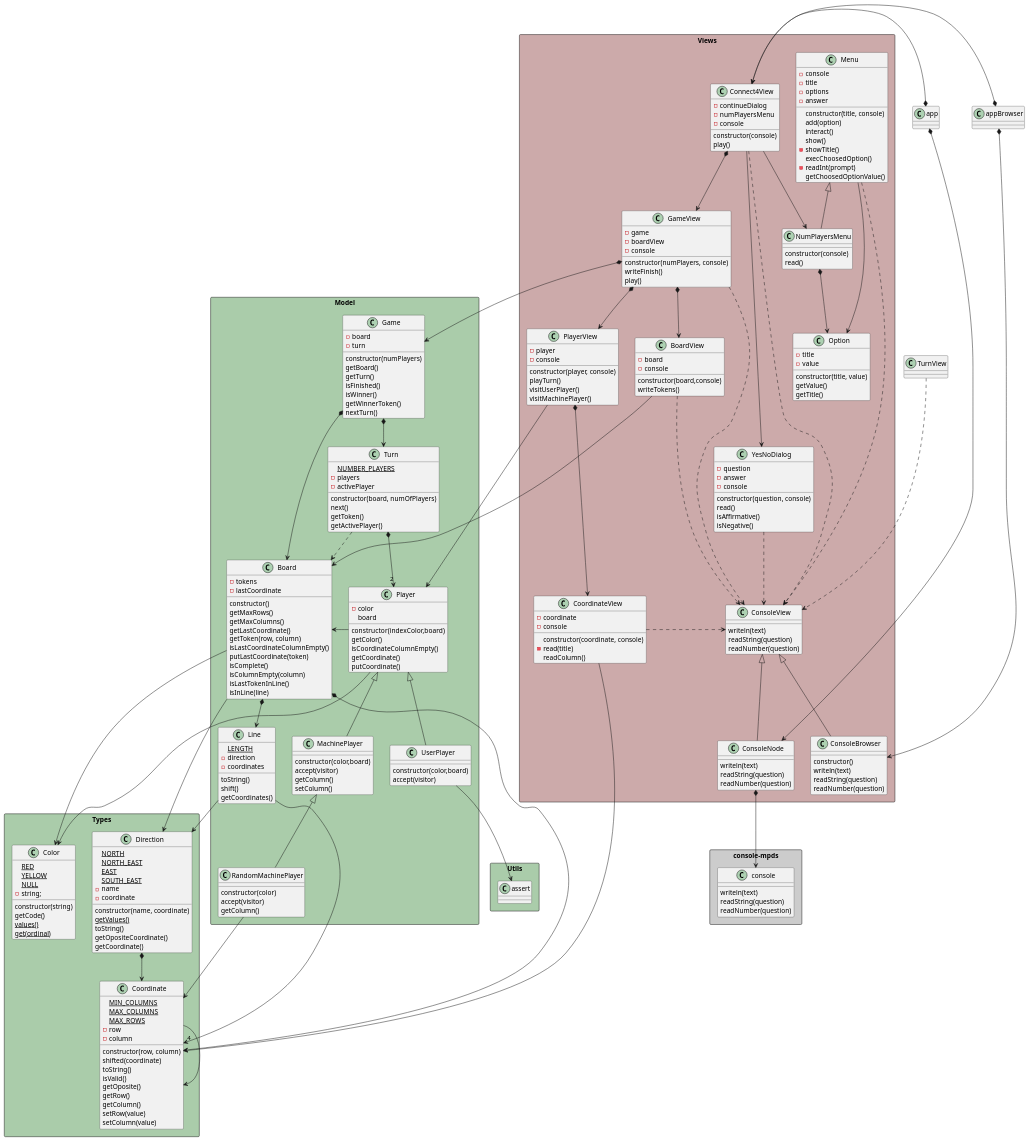
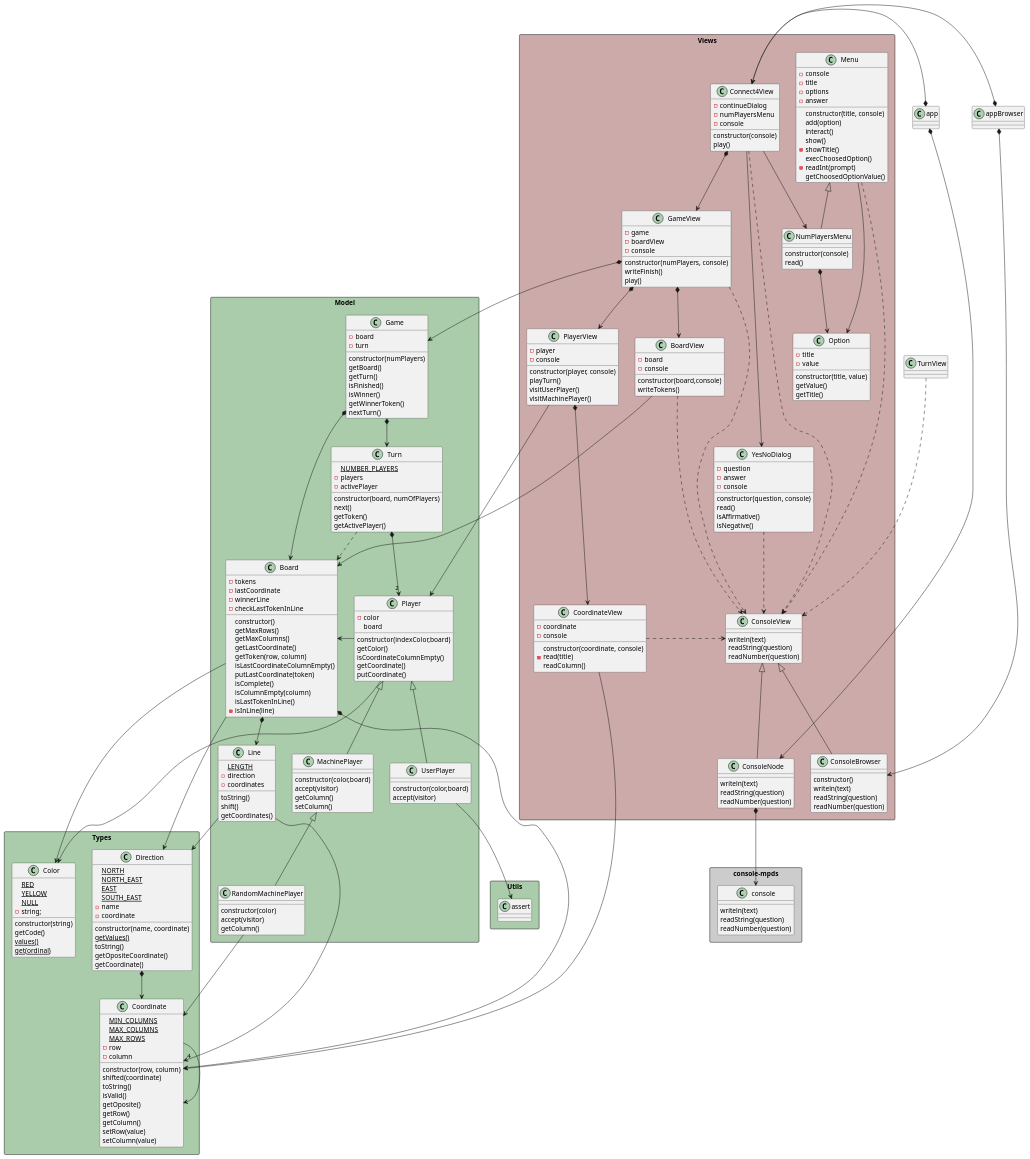
One commit to mpaulaherrero/escuelaIT changed the diagram in game-connect4/docs/diagrams/objectOriented/classNotation/class diagram.plantuml. Above: the diagram before and after it, drawn with PlantUML. The commit also changed 2 other files, not shown here.

Commit message:
winnerLine y getBoard()

```diff
--- a/game-connect4/docs/diagrams/objectOriented/classNotation/class diagram.plantuml
+++ b/game-connect4/docs/diagrams/objectOriented/classNotation/class diagram.plantuml
@@ -61,6 +61,7 @@
     class Board {
         -tokens
         -lastCoordinate
+        -winnerLine
         constructor()
         getMaxRows()
         getMaxColumns()
@@ -71,7 +72,8 @@
         isComplete()
         isColumnEmpty(column)
         isLastTokenInLine()
-        isInLine(line)
+        -checkLastTokenInLine
+        -isInLine(line)
     }
 
     class Game {
```
